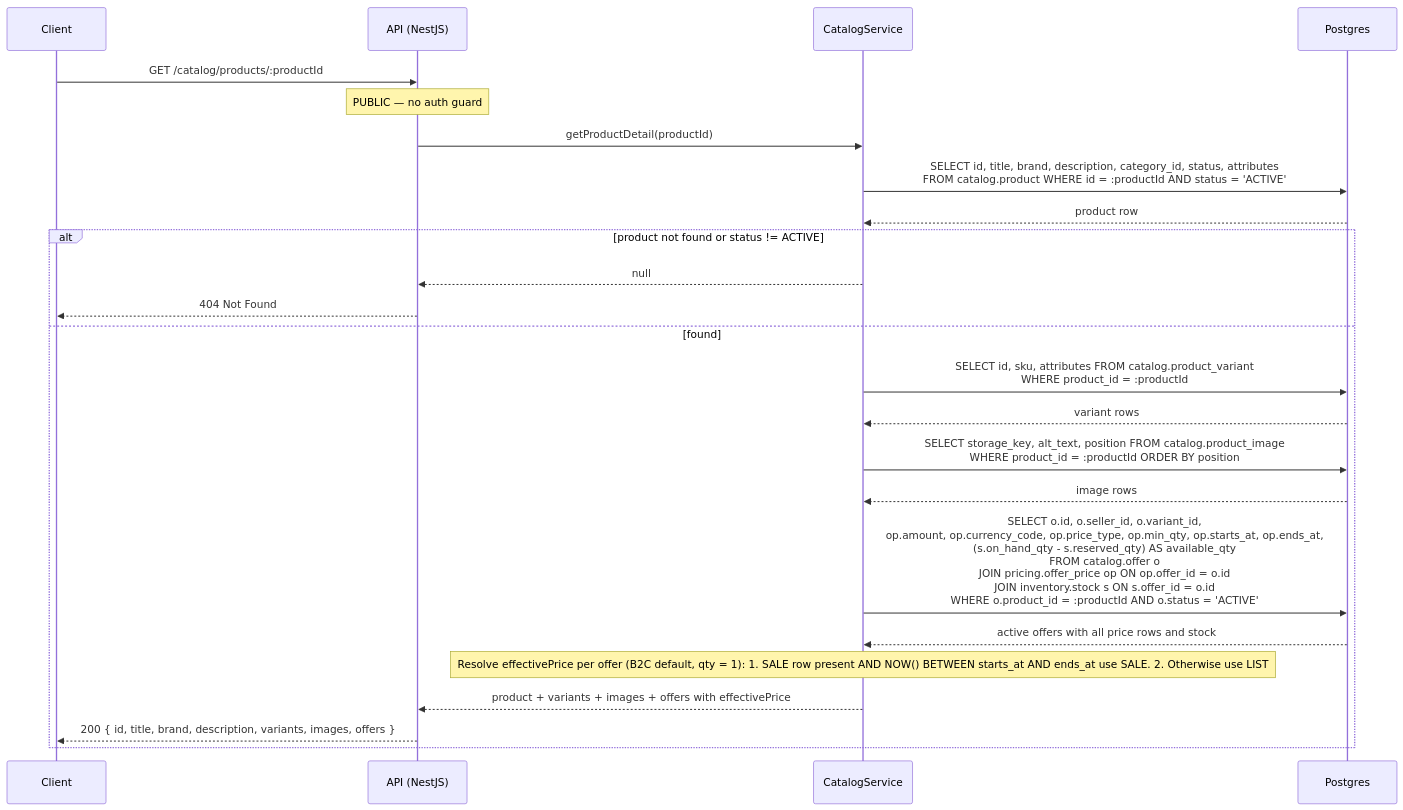
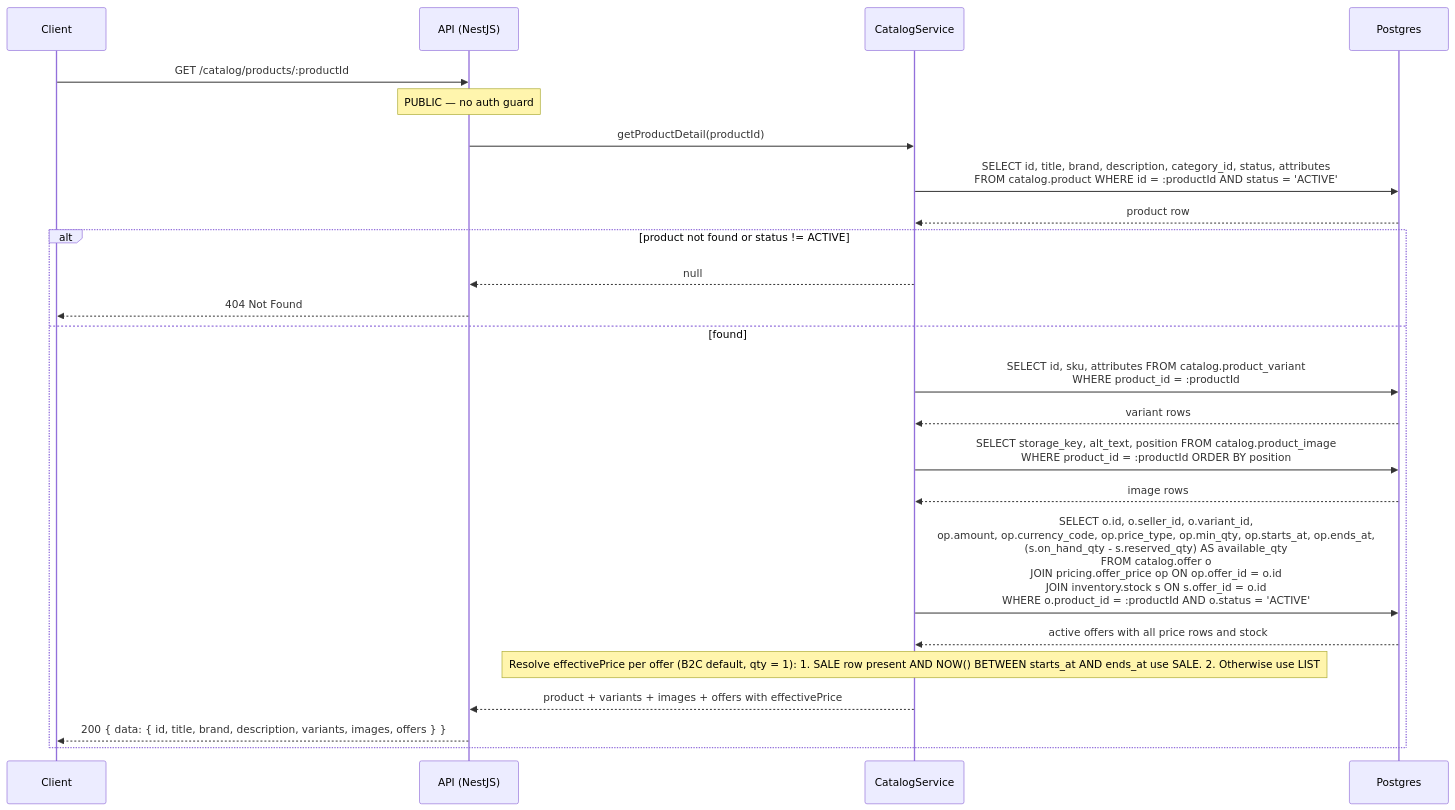
One commit to alisa-uthi/aliceut-ecom-document changed the fourth of 4 diagrams in phase-1/technical-design/api-design/catalog.md. Above: the diagram before and after it, drawn with Mermaid. The commit also changed other lines of this file and 22 other files, not shown here.

````diff
--- a/phase-1/technical-design/api-design/catalog.md
+++ b/phase-1/technical-design/api-design/catalog.md
@@ -178,27 +180,27 @@
 ```mermaid
 sequenceDiagram
     participant Client
     participant API as API (NestJS)
     participant CatalogService
     participant Postgres
 
     Client->>API: GET /catalog/products/:productId
     Note over API: PUBLIC — no auth guard
     API->>CatalogService: getProductDetail(productId)
     CatalogService->>Postgres: SELECT id, title, brand, description, category_id, status, attributes<br/>FROM catalog.product WHERE id = :productId AND status = 'ACTIVE'
     Postgres-->>CatalogService: product row
     alt product not found or status != ACTIVE
         CatalogService-->>API: null
         API-->>Client: 404 Not Found
     else found
         CatalogService->>Postgres: SELECT id, sku, attributes FROM catalog.product_variant<br/>WHERE product_id = :productId
         Postgres-->>CatalogService: variant rows
         CatalogService->>Postgres: SELECT storage_key, alt_text, position FROM catalog.product_image<br/>WHERE product_id = :productId ORDER BY position
         Postgres-->>CatalogService: image rows
         CatalogService->>Postgres: SELECT o.id, o.seller_id, o.variant_id,<br/>op.amount, op.currency_code, op.price_type, op.min_qty, op.starts_at, op.ends_at,<br/>(s.on_hand_qty - s.reserved_qty) AS available_qty<br/>FROM catalog.offer o<br/>JOIN pricing.offer_price op ON op.offer_id = o.id<br/>JOIN inventory.stock s ON s.offer_id = o.id<br/>WHERE o.product_id = :productId AND o.status = 'ACTIVE'
         Postgres-->>CatalogService: active offers with all price rows and stock
         Note over CatalogService: Resolve effectivePrice per offer (B2C default, qty = 1): 1. SALE row present AND NOW() BETWEEN starts_at AND ends_at use SALE. 2. Otherwise use LIST
         CatalogService-->>API: product + variants + images + offers with effectivePrice
-        API-->>Client: 200 { id, title, brand, description, variants, images, offers }
+        API-->>Client: 200 { data: { id, title, brand, description, variants, images, offers } }
     end
 ```
````
